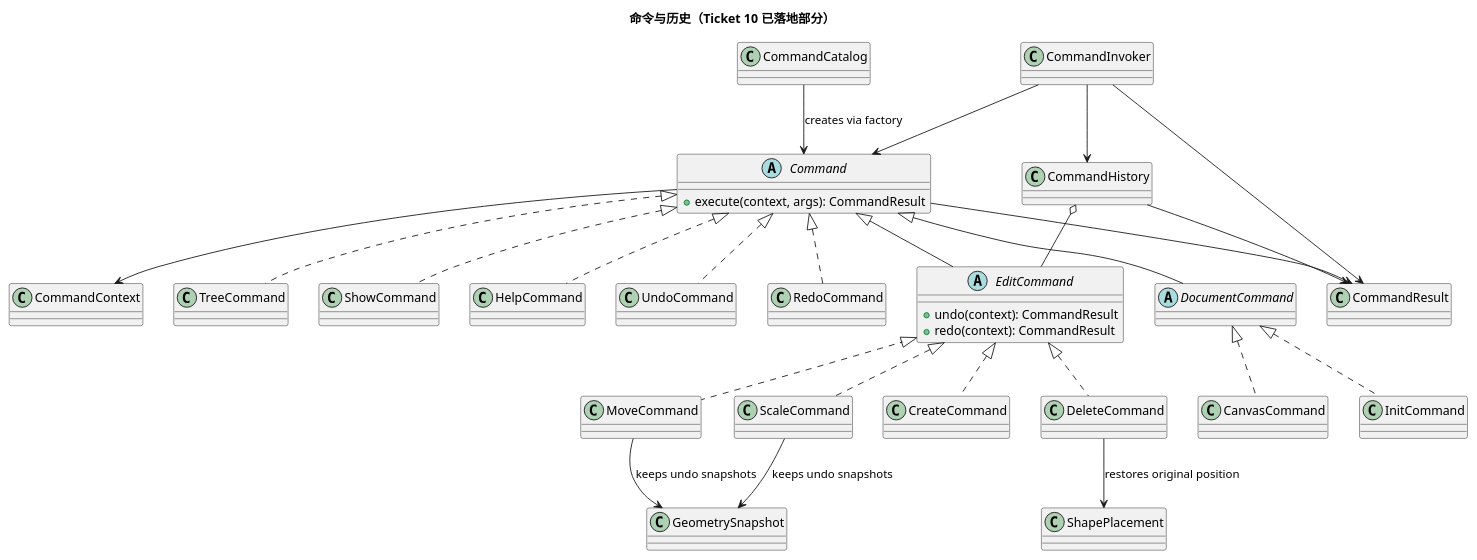
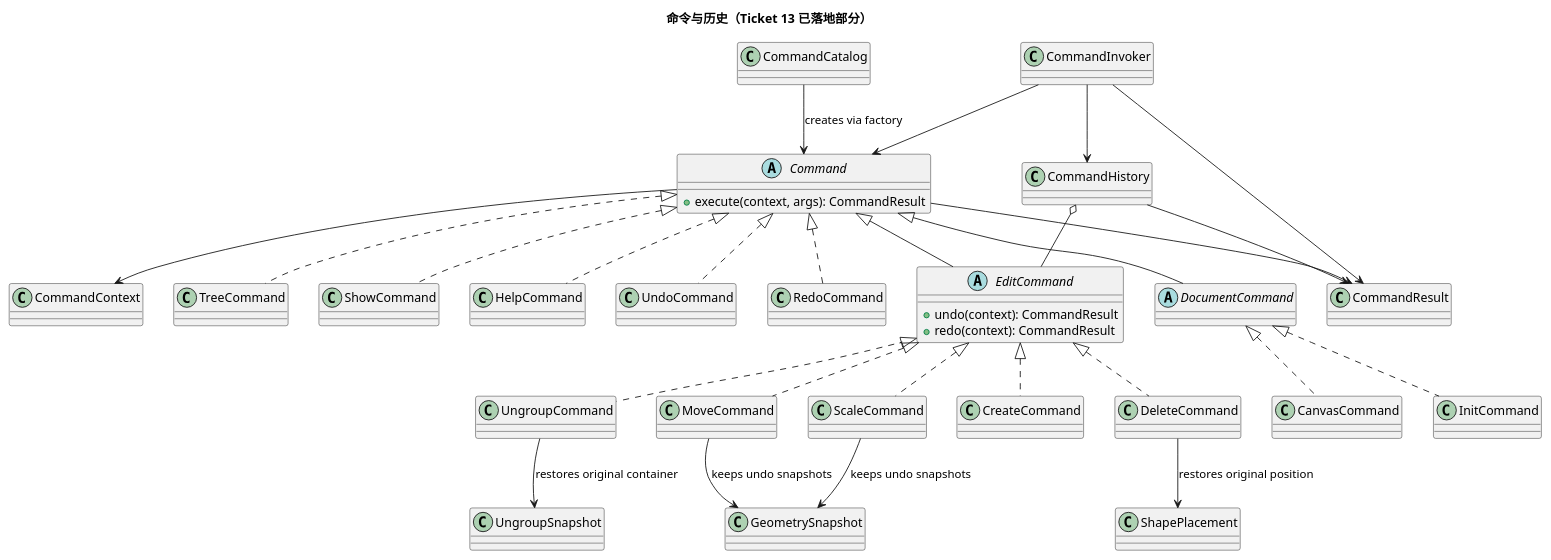
One commit to NQC233/svg-editor-lab1 changed the second of 2 diagrams in doc/class-model.puml. Above: the diagram before and after it, drawn with PlantUML. The commit also changed other lines of this file and 5 other files, not shown here.

Commit message:
docs: record ticket 13 ungroup behavior

```diff
--- a/doc/class-model.puml
+++ b/doc/class-model.puml
@@ -82,59 +92,63 @@
 @startuml
-title 命令与历史（Ticket 10 已落地部分）
+title 命令与历史（Ticket 13 已落地部分）
 
 abstract class Command {
   +execute(context, args): CommandResult
 }
 
 abstract class DocumentCommand
 
 abstract class EditCommand {
   +undo(context): CommandResult
   +redo(context): CommandResult
 }
 
 class CommandResult
 class CommandCatalog
 class CommandInvoker
 class CommandHistory
 class CommandContext
 class ShapePlacement
+class UngroupSnapshot
 
 class CreateCommand
 class DeleteCommand
+class UngroupCommand
 class MoveCommand
 class ScaleCommand
 class CanvasCommand
 class InitCommand
 class TreeCommand
 class ShowCommand
 class HelpCommand
 class UndoCommand
 class RedoCommand
 
 Command <|-- EditCommand
 Command <|-- DocumentCommand
 EditCommand <|.. CreateCommand
 EditCommand <|.. DeleteCommand
+EditCommand <|.. UngroupCommand
 EditCommand <|.. MoveCommand
 EditCommand <|.. ScaleCommand
 DocumentCommand <|.. CanvasCommand
 DocumentCommand <|.. InitCommand
 Command <|.. TreeCommand
 Command <|.. ShowCommand
 Command <|.. HelpCommand
 Command <|.. UndoCommand
 Command <|.. RedoCommand
 
 CommandInvoker --> CommandHistory
 CommandInvoker --> Command
 CommandInvoker --> CommandResult
 CommandCatalog --> Command : creates via factory
 CommandHistory o-- EditCommand
 CommandHistory --> CommandResult
 Command --> CommandContext
 Command --> CommandResult
 DeleteCommand --> ShapePlacement : restores original position
+UngroupCommand --> UngroupSnapshot : restores original container
 MoveCommand --> GeometrySnapshot : keeps undo snapshots
 ScaleCommand --> GeometrySnapshot : keeps undo snapshots
 @enduml
```
